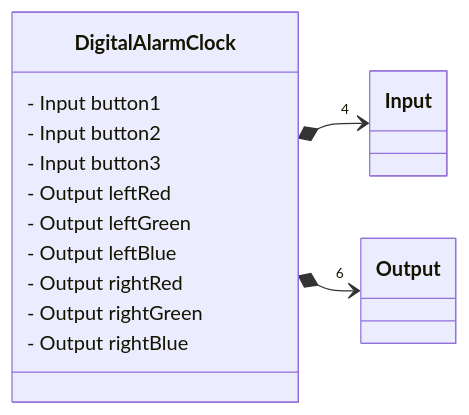
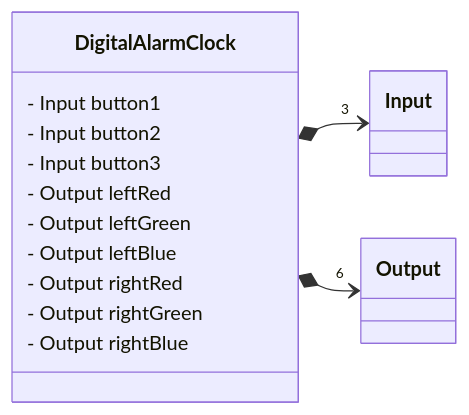
One commit to vermilion9312/digital-alarm-clock changed the diagram in README.md. Above: the diagram before and after it, drawn with Mermaid.

````diff
--- a/README.md
+++ b/README.md
@@ -10,27 +10,27 @@
 ```mermaid
 classDiagram
 direction LR
 
 class Input {
 }
 
 class Output {
 }
 
 class DigitalAlarmClock {
     - Input button1
     - Input button2
     - Input button3
-    
+
     - Output leftRed
     - Output leftGreen
     - Output leftBlue
 
     - Output rightRed
     - Output rightGreen
     - Output rightBlue
 }
 
-DigitalAlarmClock *--> "4" Input
+DigitalAlarmClock *--> "3" Input
 DigitalAlarmClock *--> "6" Output
 ```
````
